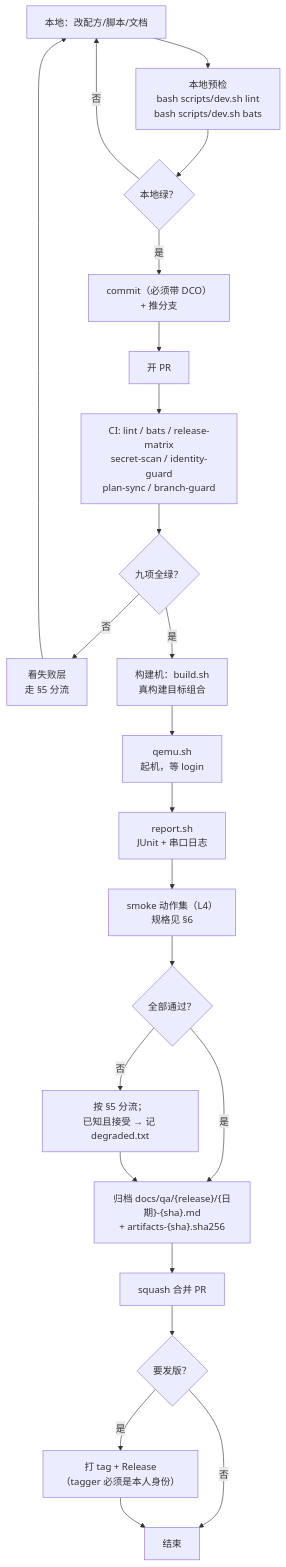
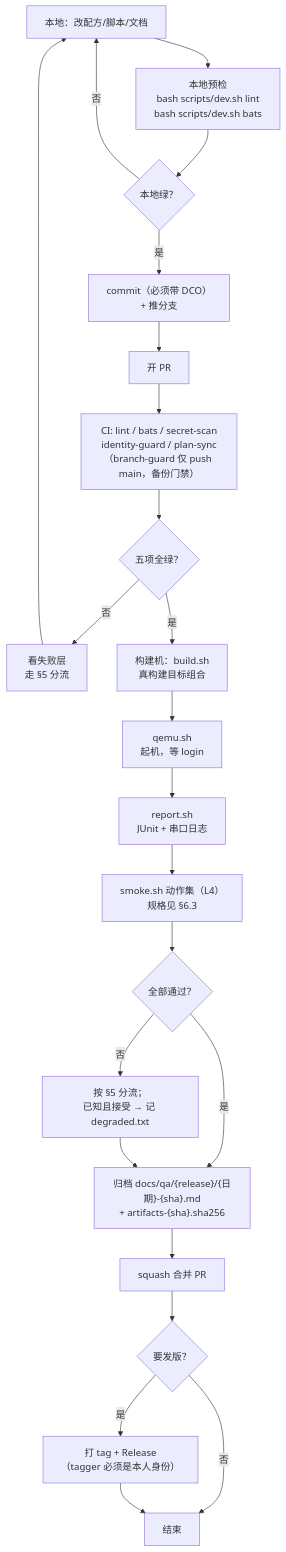
One commit to zeek-zhao/yp-distro changed the second of 3 diagrams in docs/verification-flow.md. Above: the diagram before and after it, drawn with Mermaid. The commit also changed other lines of this file and 22 other files, not shown here.

````diff
--- a/docs/verification-flow.md
+++ b/docs/verification-flow.md
@@ -111,26 +87,26 @@
 ```mermaid
 flowchart TD
     A["本地：改配方/脚本/文档"] --> B["本地预检<br/>bash scripts/dev.sh lint<br/>bash scripts/dev.sh bats"]
     B --> C{"本地绿？"}
     C -->|"否"| A
     C -->|"是"| D["commit（必须带 DCO）<br/>+ 推分支"]
     D --> E["开 PR"]
 
-    E --> F["CI: lint / bats / release-matrix<br/>secret-scan / identity-guard<br/>plan-sync / branch-guard"]
-    F --> G{"九项全绿？"}
+    E --> F["CI: lint / bats / secret-scan<br/>identity-guard / plan-sync<br/>（branch-guard 仅 push main，备份门禁）"]
+    F --> G{"五项全绿？"}
     G -->|"否"| H["看失败层<br/>走 §5 分流"]
     H --> A
     G -->|"是"| I["构建机：build.sh<br/>真构建目标组合"]
     I --> J["qemu.sh<br/>起机，等 login"]
     J --> K["report.sh<br/>JUnit + 串口日志"]
-    K --> L["smoke 动作集（L4）<br/>规格见 §6"]
+    K --> L["smoke.sh 动作集（L4）<br/>规格见 §6.3"]
     L --> M{"全部通过？"}
     M -->|"否"| N["按 §5 分流；<br/>已知且接受 → 记 degraded.txt"]
     M -->|"是"| O["归档 docs/qa/{release}/{日期}-{sha}.md<br/>+ artifacts-{sha}.sha256"]
     N --> O
     O --> P["squash 合并 PR"]
     P --> Q{"要发版？"}
     Q -->|"是"| R["打 tag + Release<br/>（tagger 必须是本人身份）"]
     Q -->|"否"| S["结束"]
     R --> S
 ```
````
